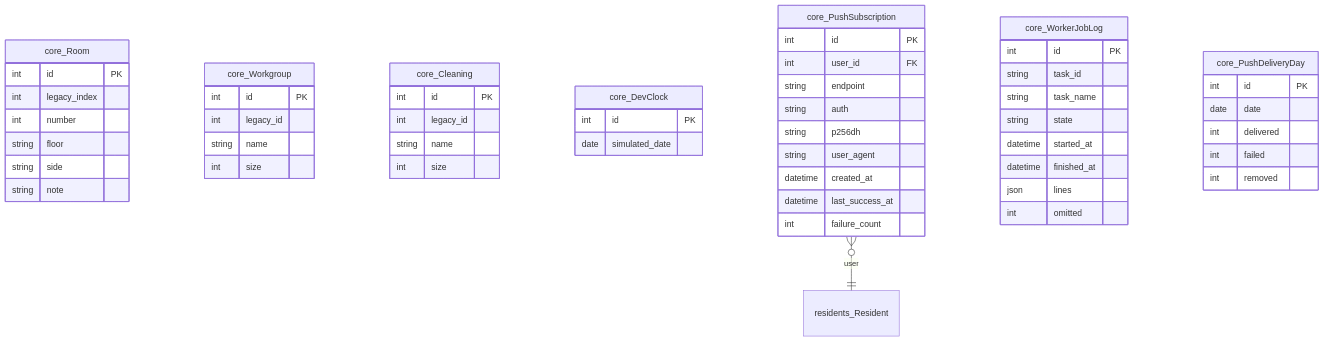
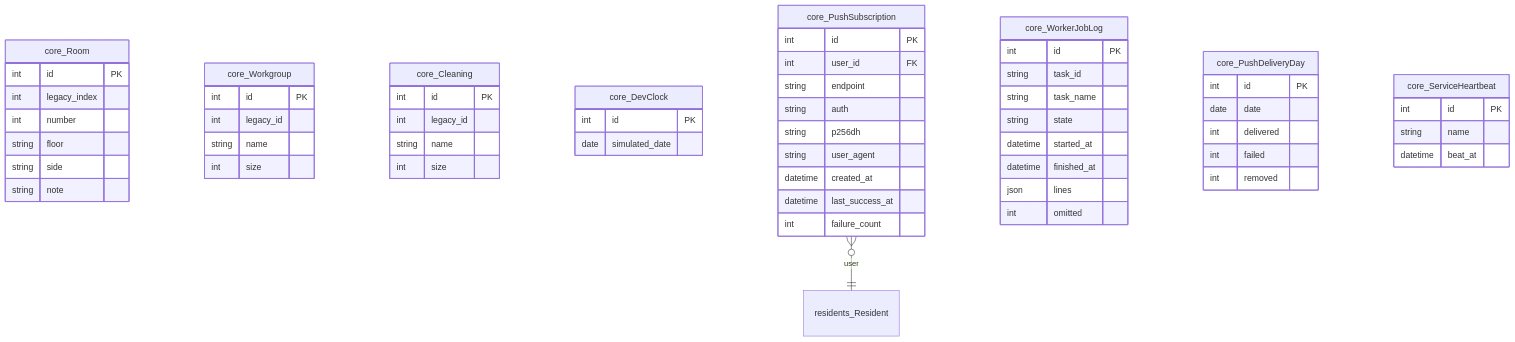
One commit to GAHK-org/gahk_intern changed the sixth of 16 diagrams in docs/erd.md. Above: the diagram before and after it, drawn with Mermaid. The commit also changed other lines of this file and 14 other files, not shown here.

````diff
--- a/docs/erd.md
+++ b/docs/erd.md
@@ -968,65 +974,71 @@
 ```mermaid
 erDiagram
     core_Room {
         int id PK
         int legacy_index
         int number
         string floor
         string side
         string note
     }
 
     core_Workgroup {
         int id PK
         int legacy_id
         string name
         int size
     }
 
     core_Cleaning {
         int id PK
         int legacy_id
         string name
         int size
     }
 
     core_DevClock {
         int id PK
         date simulated_date
     }
 
     core_PushSubscription {
         int id PK
         int user_id FK
         string endpoint
         string auth
         string p256dh
         string user_agent
         datetime created_at
         datetime last_success_at
         int failure_count
     }
 
     core_WorkerJobLog {
         int id PK
         string task_id
         string task_name
         string state
         datetime started_at
         datetime finished_at
         json lines
         int omitted
     }
 
     core_PushDeliveryDay {
         int id PK
         date date
         int delivered
         int failed
         int removed
     }
 
+    core_ServiceHeartbeat {
+        int id PK
+        string name
+        datetime beat_at
+    }
+
     residents_Resident { }
 
     core_PushSubscription }o--|| residents_Resident : "user"
 ```
````
